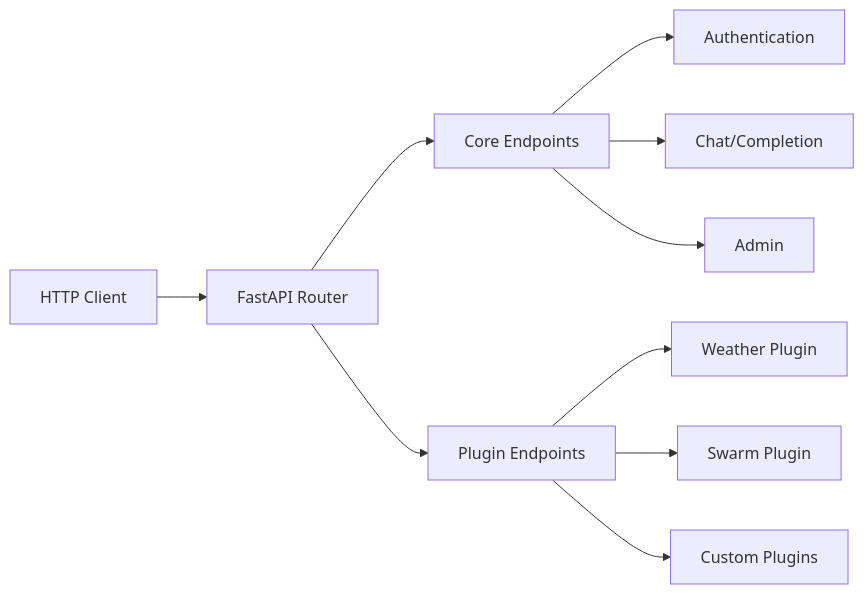
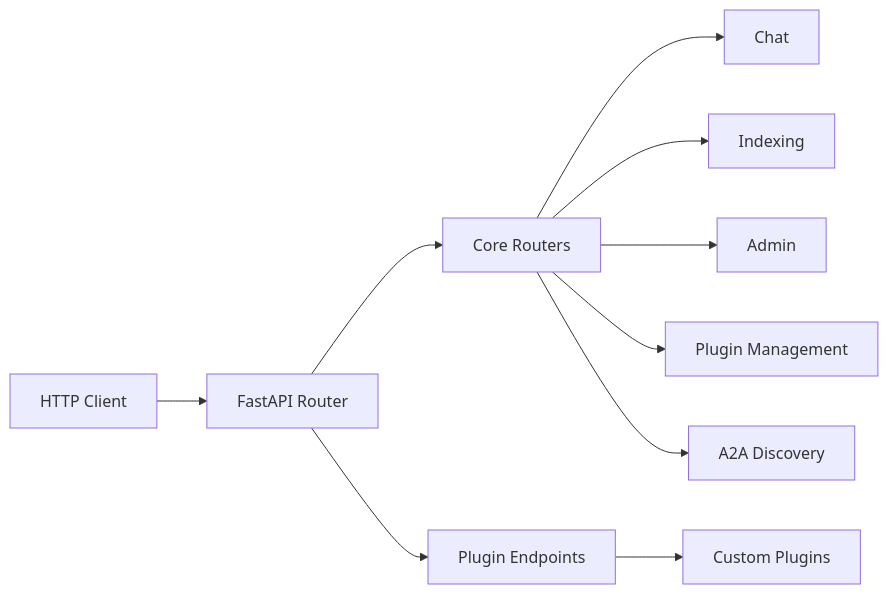
Before and after one commit to baselithcore/plugin-baselithbot: the diagram in mkdocs-site/docs/api/rest.md, drawn with Mermaid. The commit also changed other lines of this file and 68 other files, not shown here.

````diff
--- a/mkdocs-site/docs/api/rest.md
+++ b/mkdocs-site/docs/api/rest.md
@@ -12,14 +12,14 @@
 ```mermaid
 graph LR
     Client[HTTP Client] --> Router[FastAPI Router]
-    Router --> Core[Core Endpoints]
+    Router --> Core[Core Routers]
     Router --> Plugins[Plugin Endpoints]
 
-    Core --> Auth[Authentication]
-    Core --> Chat[Chat/Completion]
+    Core --> Chat[Chat]
+    Core --> Index[Indexing]
     Core --> Admin[Admin]
+    Core --> PluginMgmt[Plugin Management]
+    Core --> A2A[A2A Discovery]
 
-    Plugins --> Weather[Weather Plugin]
-    Plugins --> Swarm[Swarm Plugin]
     Plugins --> Custom[Custom Plugins]
 ```
````
